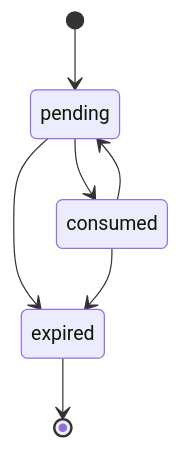
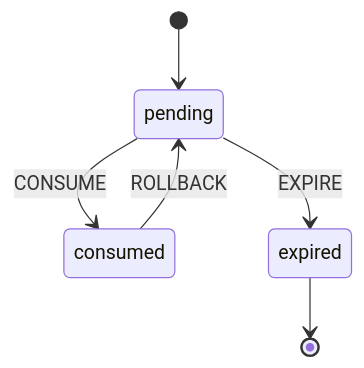
Diagram 11 of 51 in docs/contributing/state-machines.md (kody-hq/kody), drawn with Mermaid before and after one commit. The commit also changed other lines of this file and 129 other files, not shown here.

````diff
--- a/docs/contributing/state-machines.md
+++ b/docs/contributing/state-machines.md
@@ -330,9 +361,8 @@
 ```mermaid
 stateDiagram-v2
     [*] --> pending
-    pending --> consumed
-    pending --> expired
-    consumed --> pending
-    consumed --> expired
+    pending --> consumed: CONSUME
+    pending --> expired: EXPIRE
+    consumed --> pending: ROLLBACK
     expired --> [*]
 ```
````
